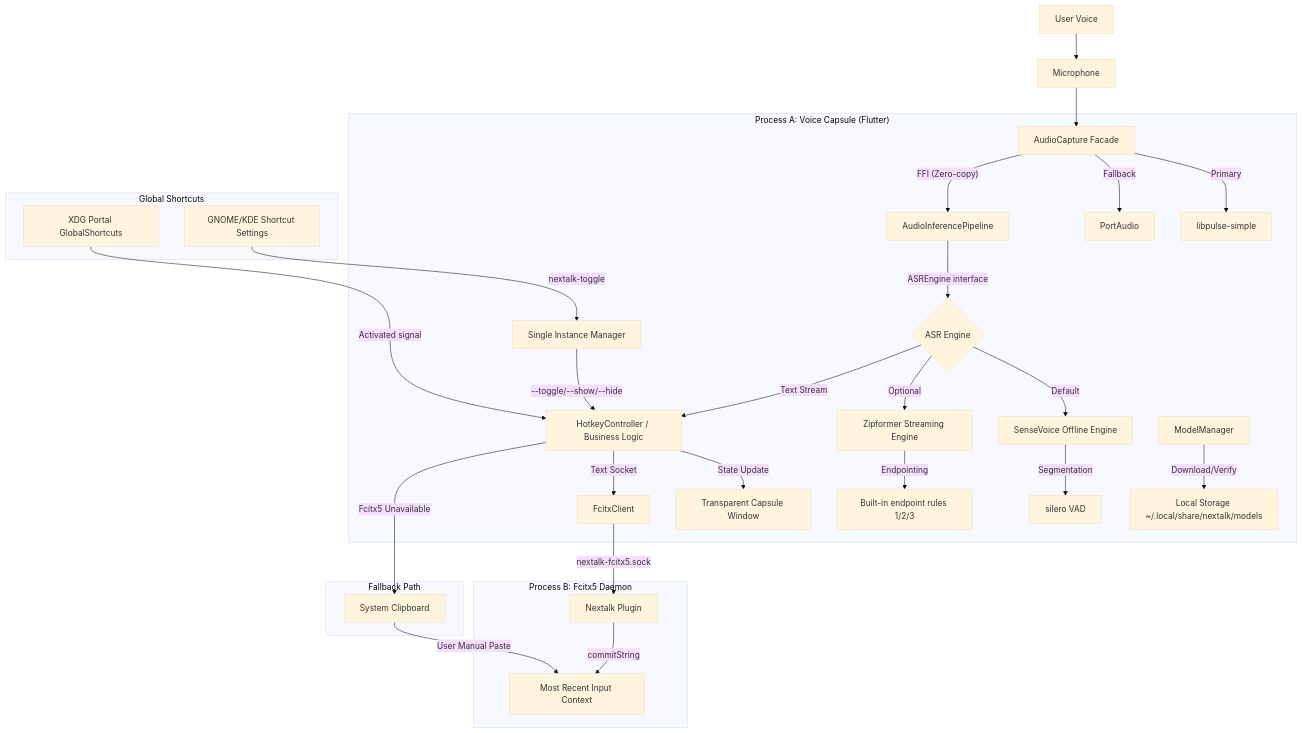
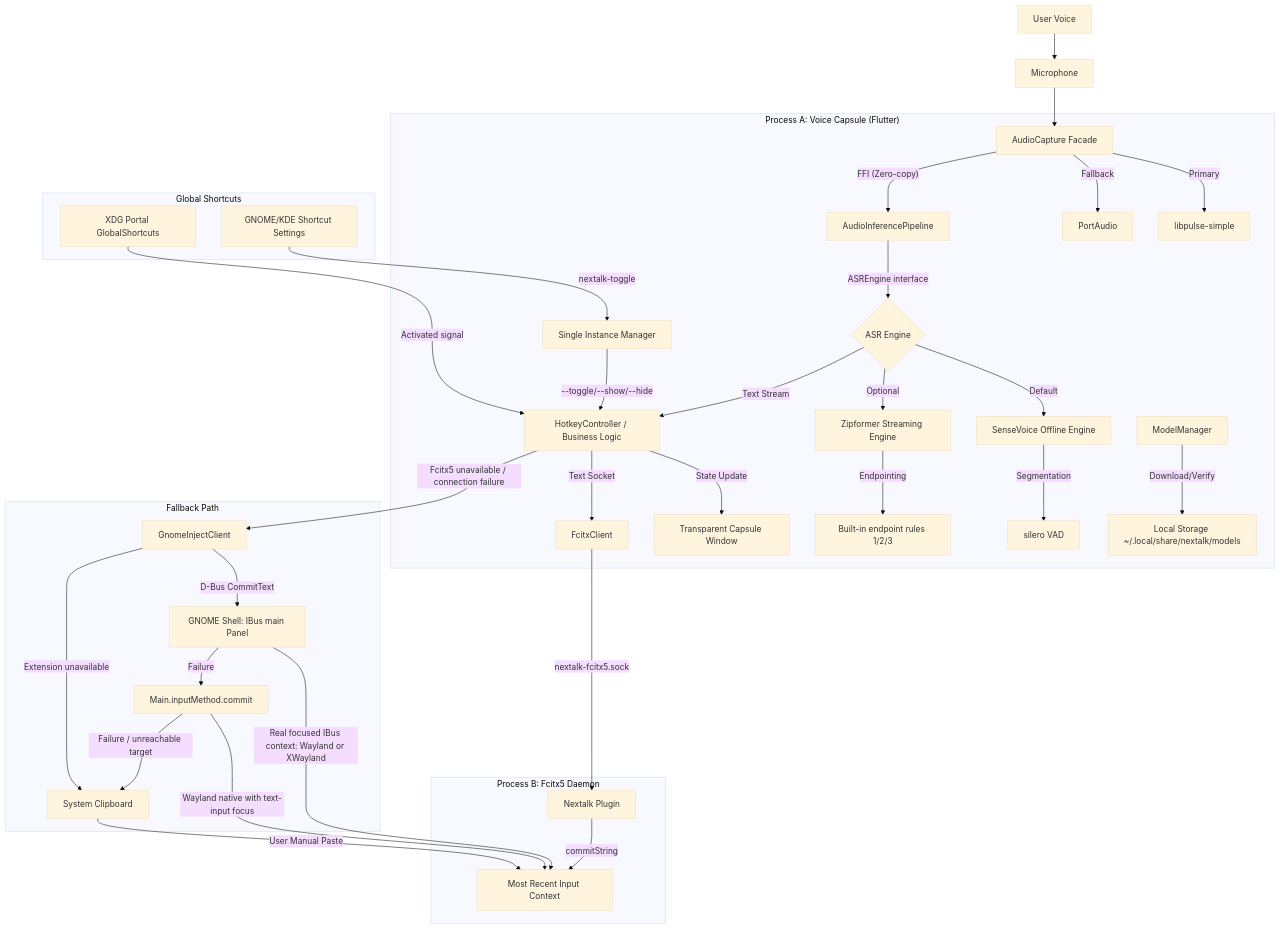
The diagram in docs/architecture.md (gonewx/nextalk), drawn with Mermaid (base theme) before and after one commit. The commit also changed other lines of this file and 13 other files, not shown here.

First line of the commit message:
docs: 全面同步三级文本注入链（Fcitx5 → GNOME 扩展 IBus Panel → 剪贴板）

````diff
--- a/docs/architecture.md
+++ b/docs/architecture.md
@@ -25,36 +26,42 @@
 ```mermaid
 graph TD
     User[User Voice] --> Mic[Microphone]
     Mic --> Capture[AudioCapture Facade]
 
     subgraph "Process A: Voice Capsule (Flutter)"
         Capture -- "Primary" --> Pulse[libpulse-simple]
         Capture -- "Fallback" --> PA[PortAudio]
         Capture -- "FFI (Zero-copy)" --> Pipeline[AudioInferencePipeline]
         Pipeline -- "ASREngine interface" --> Engine{ASR Engine}
         Engine -- "Default" --> SV[SenseVoice Offline Engine]
         Engine -- "Optional" --> ZF[Zipformer Streaming Engine]
         SV -- "Segmentation" --> VAD[silero VAD]
         ZF -- "Endpointing" --> EP[Built-in endpoint rules 1/2/3]
         Engine -- "Text Stream" --> Logic[HotkeyController / Business Logic]
         Logic -- "State Update" --> UI[Transparent Capsule Window]
         Logic -- "Text Socket" --> IPC_Text[FcitxClient]
         SingleInstance[Single Instance Manager] -- "--toggle/--show/--hide" --> Logic
         ModelMgr[ModelManager] -- "Download/Verify" --> Storage[Local Storage ~/.local/share/nextalk/models]
     end
 
     subgraph "Process B: Fcitx5 Daemon"
         IPC_Text -- "nextalk-fcitx5.sock" --> IPC_Server[Nextalk Plugin]
         IPC_Server -- "commitString" --> TargetApp[Most Recent Input Context]
     end
 
     subgraph "Global Shortcuts"
         Portal[XDG Portal GlobalShortcuts] -- "Activated signal" --> Logic
         SystemShortcut[GNOME/KDE Shortcut Settings] -- "nextalk-toggle" --> SingleInstance
     end
 
     subgraph "Fallback Path"
-        Logic -- "Fcitx5 Unavailable" --> Clipboard[System Clipboard]
+        Logic -- "Fcitx5 unavailable / connection failure" --> GNOME[GnomeInjectClient]
+        GNOME -- "D-Bus CommitText" --> Panel[GNOME Shell: IBus main Panel]
+        Panel -- "Real focused IBus context: Wayland or XWayland" --> TargetApp
+        Panel -- "Failure" --> IM[Main.inputMethod.commit]
+        IM -- "Wayland native with text-input focus" --> TargetApp
+        GNOME -- "Extension unavailable" --> Clipboard[System Clipboard]
+        IM -- "Failure / unreachable target" --> Clipboard
         Clipboard -- "User Manual Paste" --> TargetApp
     end
 ```
````
